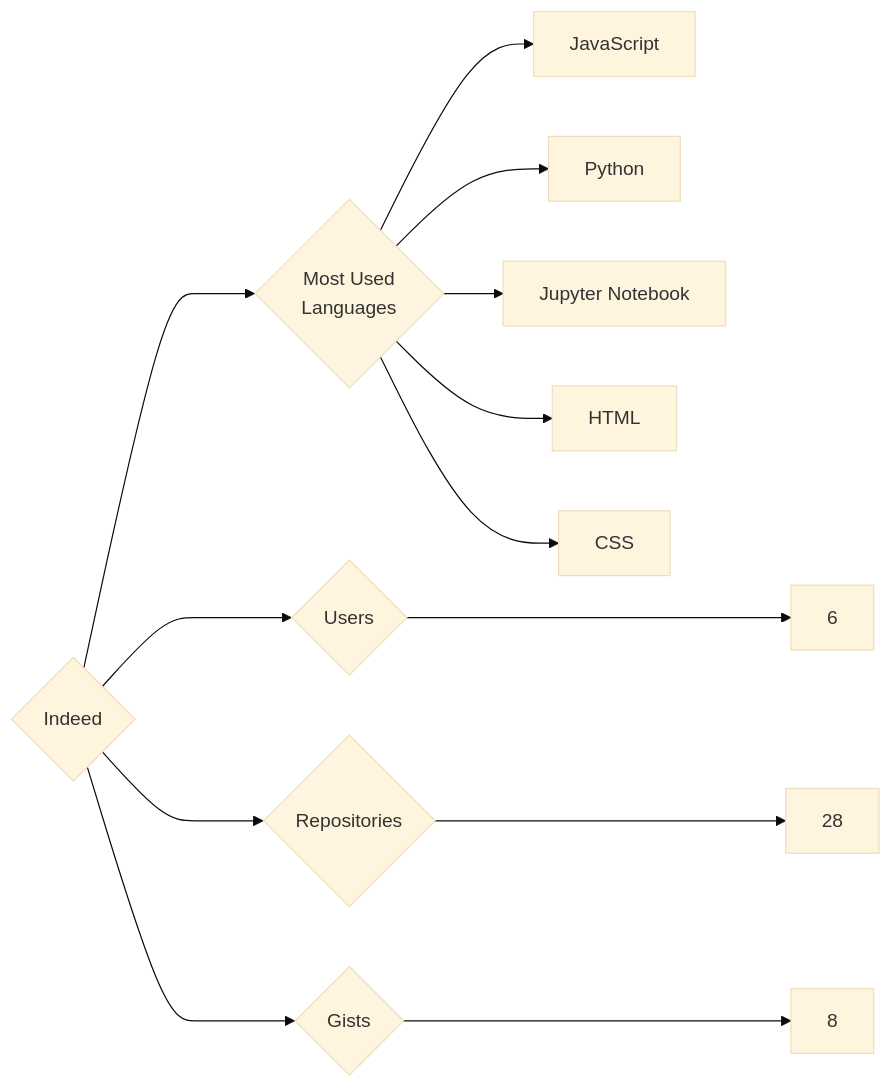
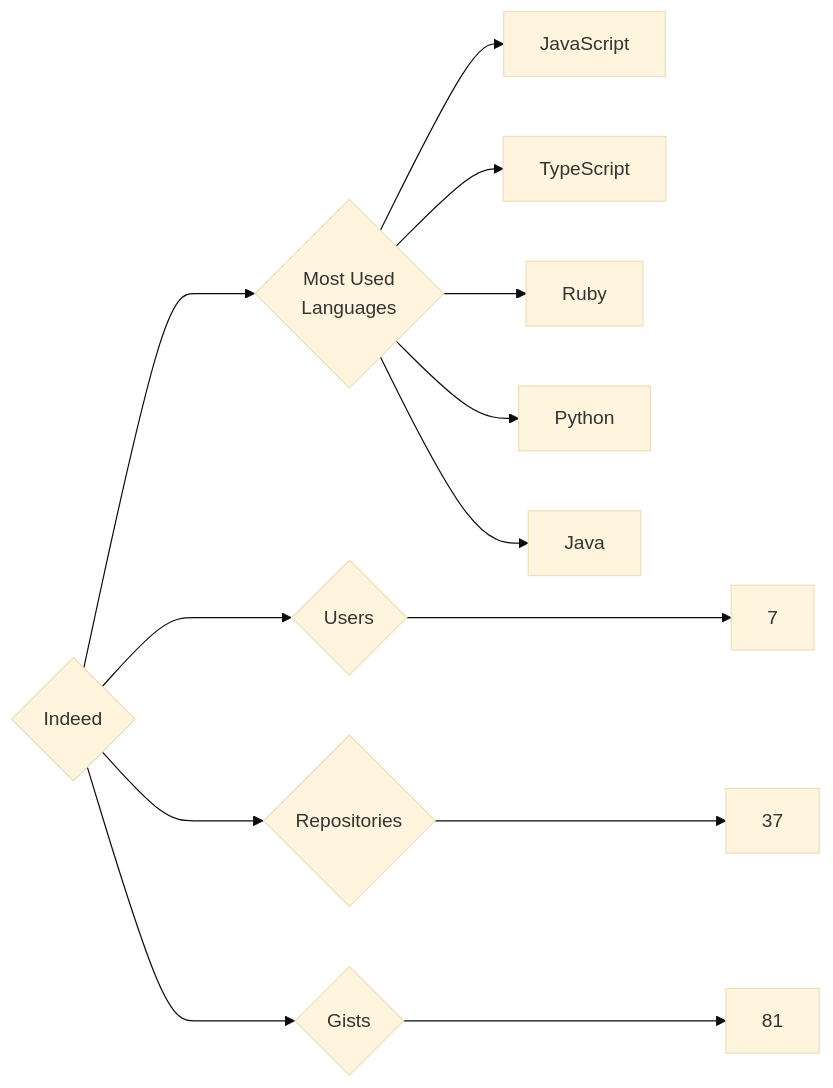
One commit to trickest/insiders changed the diagram in targets/Indeed/README.md. Above: the diagram before and after it, drawn with Mermaid (base theme). The commit also changed 934 other files, not shown here.

````diff
--- a/targets/Indeed/README.md
+++ b/targets/Indeed/README.md
@@ -3,13 +3,13 @@
 ```mermaid
 graph LR
 COMPANY_NAME{Indeed}
-COMPANY_NAME ---> U{Users} ---> UN[6]
-COMPANY_NAME ---> R{Repositories} ---> RN[28]
-COMPANY_NAME ---> G{Gists} ---> GN[8]
+COMPANY_NAME ---> U{Users} ---> UN[7]
+COMPANY_NAME ---> R{Repositories} ---> RN[37]
+COMPANY_NAME ---> G{Gists} ---> GN[81]
 COMPANY_NAME ---> ML{Most Used<br>Languages}
 ML --> JavaScript[JavaScript]
+ML --> TypeScript[TypeScript]
+ML --> Ruby[Ruby]
 ML --> Python[Python]
-ML --> Jupyter_Notebook[Jupyter Notebook]
-ML --> HTML[HTML]
-ML --> CSS[CSS]
+ML --> Java[Java]
 ```
````
